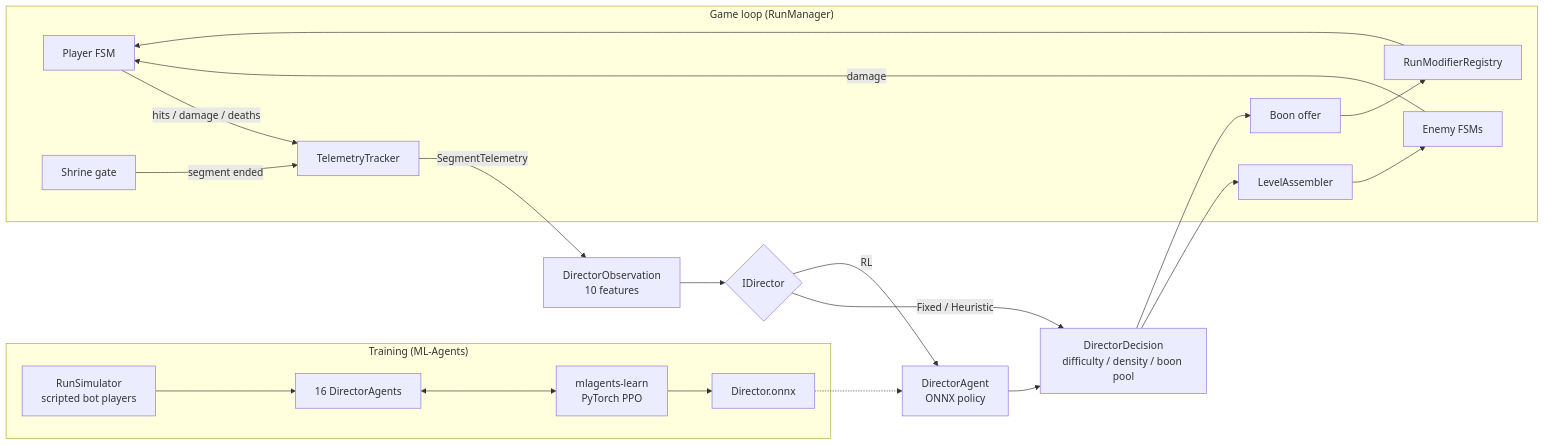
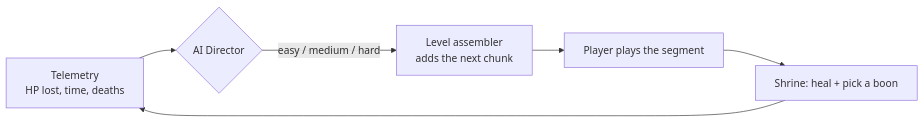
The diagram in README.md (Sarthakj0805/The-Odyssey), drawn with Mermaid before and after one commit. The commit also changed other lines of this file and 1 other file, not shown here.

````diff
--- a/README.md
+++ b/README.md
@@ -49,22 +36,8 @@
 ```mermaid
 flowchart LR
-    subgraph Game["Game loop (RunManager)"]
-        P[Player FSM] -- hits / damage / deaths --> T[TelemetryTracker]
-        E[Enemy FSMs] -- damage --> P
-        G[Shrine gate] -- segment ended --> T
-        A[LevelAssembler] --> E
-        B[Boon offer] --> R[RunModifierRegistry] --> P
-    end
-    T -- SegmentTelemetry --> O[DirectorObservation<br/>10 features]
-    O --> D{IDirector}
-    D -->|Fixed / Heuristic| DEC
-    D -->|RL| AG[DirectorAgent<br/>ONNX policy]
-    AG --> DEC[DirectorDecision<br/>difficulty / density / boon pool]
-    DEC --> A
-    DEC --> B
-    subgraph Training["Training (ML-Agents)"]
-        SIM[RunSimulator<br/>scripted bot players] --> AG2[16 DirectorAgents] <--> PY[mlagents-learn<br/>PyTorch PPO]
-        PY --> ONNX[Director.onnx]
-    end
-    ONNX -.-> AG
+    T[Telemetry<br/>HP lost, time, deaths] --> D{AI Director}
+    D -->|easy / medium / hard| L[Level assembler<br/>adds the next chunk]
+    L --> P[Player plays the segment]
+    P --> S[Shrine: heal + pick a boon]
+    S --> T
 ```
````
